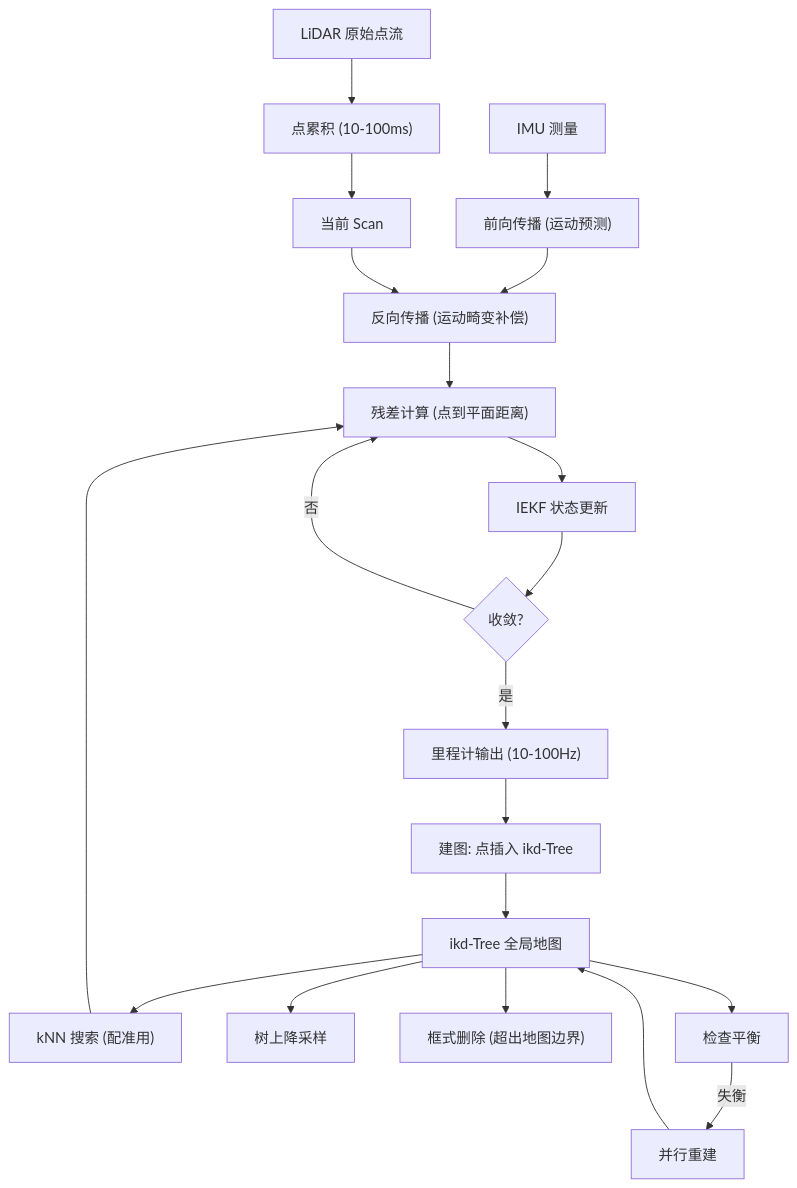
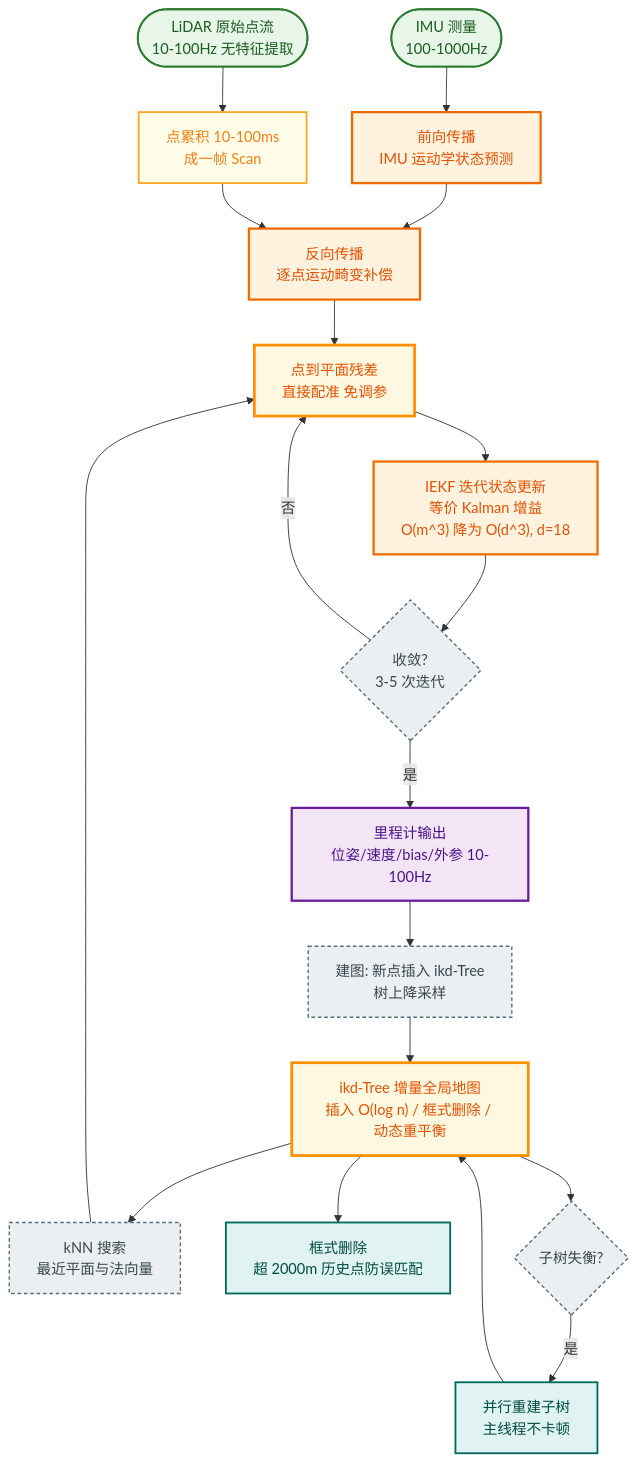
The diagram in notes/perception/fast-lio2.md (luohu-arch/physical_intelligence_study), drawn with Mermaid before and after one commit. The commit also changed 153 other files, not shown here.

````diff
--- a/notes/perception/fast-lio2.md
+++ b/notes/perception/fast-lio2.md
@@ -48,22 +48,46 @@
 ```mermaid
-graph TD
-    LIDAR["LiDAR 原始点流"] --> ACCUM["点累积 (10-100ms)"]
-    ACCUM --> SCAN["当前 Scan"]
-    IMU["IMU 测量"] --> FORWARD["前向传播 (运动预测)"]
-    FORWARD --> BACKWARD["反向传播 (运动畸变补偿)"]
-    SCAN --> BACKWARD
-    BACKWARD --> RESIDUAL["残差计算 (点到平面距离)"]
-    RESIDUAL --> UPDATE["IEKF 状态更新"]
-    UPDATE --> CONV{"收敛?"}
-    CONV -->|否| RESIDUAL
-    CONV -->|是| POSE["里程计输出 (10-100Hz)"]
-    POSE --> MAP["建图: 点插入 ikd-Tree"]
-    IKD["ikd-Tree 全局地图"] --> KNN["kNN 搜索 (配准用)"]
-    KNN --> RESIDUAL
+%%{init: {
+  'theme':'base',
+  'themeVariables':{
+    'primaryColor':'#fafbfd','primaryBorderColor':'#4a5d7d','primaryTextColor':'#1f2937',
+    'fontFamily':'"PingFang SC","Hiragino Sans GB","Microsoft YaHei",sans-serif',
+    'fontSize':'14px','clusterBkg':'#fbfcfe','clusterBorder':'#b9c6d8','edgeLabelBackground':'#ffffff'
+  },
+  'flowchart':{'curve':'basis','nodeSpacing':26,'rankSpacing':42,'padding':10}
+}}%%
+flowchart TD
+    LIDAR(["LiDAR 原始点流<br/>10-100Hz 无特征提取"]) --> ACCUM["点累积 10-100ms<br/>成一帧 Scan"]
+    IMU(["IMU 测量<br/>100-1000Hz"]) --> FORWARD["前向传播<br/>IMU 运动学状态预测"]
+    FORWARD --> BACKWARD["反向传播<br/>逐点运动畸变补偿"]
+    ACCUM --> BACKWARD
+    IKD["ikd-Tree 增量全局地图<br/>插入 O(log n) / 框式删除 / 动态重平衡"] --> KNN["kNN 搜索<br/>最近平面与法向量"]
+    KNN --> RESIDUAL["点到平面残差<br/>直接配准 免调参"]
+    BACKWARD --> RESIDUAL
+    RESIDUAL --> UPDATE["IEKF 迭代状态更新<br/>等价 Kalman 增益<br/>O(m^3) 降为 O(d^3), d=18"]
+    UPDATE --> CONV{"收敛?<br/>3-5 次迭代"}
+    CONV -->|"否"| RESIDUAL
+    CONV -->|"是"| POSE["里程计输出<br/>位姿/速度/bias/外参 10-100Hz"]
+    POSE --> MAP["建图: 新点插入 ikd-Tree<br/>树上降采样"]
     MAP --> IKD
-    IKD --> DOWNSAMPLE["树上降采样"]
-    IKD --> DELETE["框式删除 (超出地图边界)"]
-    IKD --> REBALANCE["检查平衡"]
-    REBALANCE -->|失衡| REBUILD["并行重建"]
+    IKD --> DELETE["框式删除<br/>超 2000m 历史点防误匹配"]
+    IKD --> REBALANCE{"子树失衡?"}
+    REBALANCE -->|"是"| REBUILD["并行重建子树<br/>主线程不卡顿"]
     REBUILD --> IKD
+
+    class LIDAR,IMU data
+    class RESIDUAL,IKD key
+    class FORWARD,BACKWARD,UPDATE train
+    class ACCUM mem
+    class POSE act
+    class KNN,MAP,CONV,REBALANCE loop
+    class DELETE,REBUILD env
+    classDef data fill:#e8f5e9,stroke:#2e7d32,stroke-width:2px,color:#1b5e20
+    classDef frozen fill:#e3f2fd,stroke:#1565c0,stroke-width:2px,color:#0d47a1
+    classDef train fill:#fff3e0,stroke:#ef6c00,stroke-width:2.5px,color:#e65100
+    classDef loss fill:#ffebee,stroke:#c62828,stroke-width:2px,color:#b71c1c,stroke-dasharray:6 3
+    classDef act fill:#f3e5f5,stroke:#6a1b9a,stroke-width:2.5px,color:#4a148c
+    classDef key fill:#fff8e1,stroke:#ff8f00,stroke-width:3px,color:#e65100
+    classDef loop fill:#eceff1,stroke:#546e7a,stroke-width:1.5px,color:#37474f,stroke-dasharray:4 3
+    classDef env fill:#e0f2f1,stroke:#00695c,stroke-width:2px,color:#004d40
+    classDef mem fill:#fffde7,stroke:#f9a825,stroke-width:2px,color:#f57f17
 ```
````
